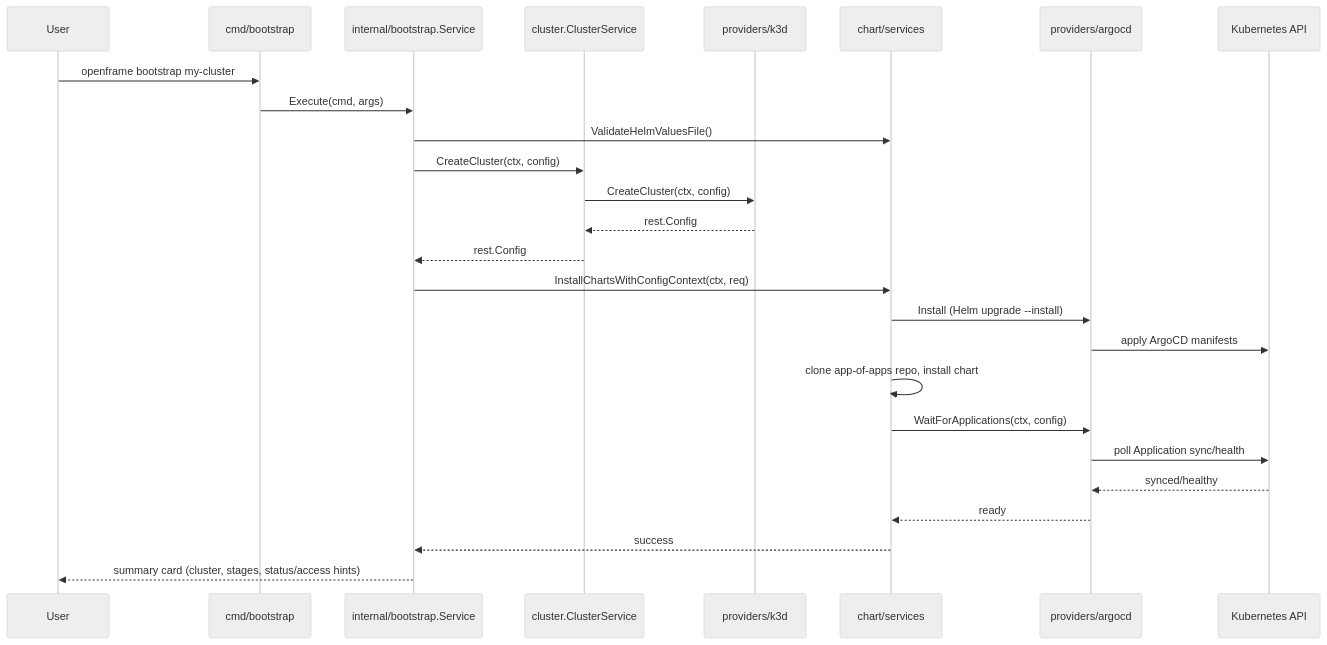
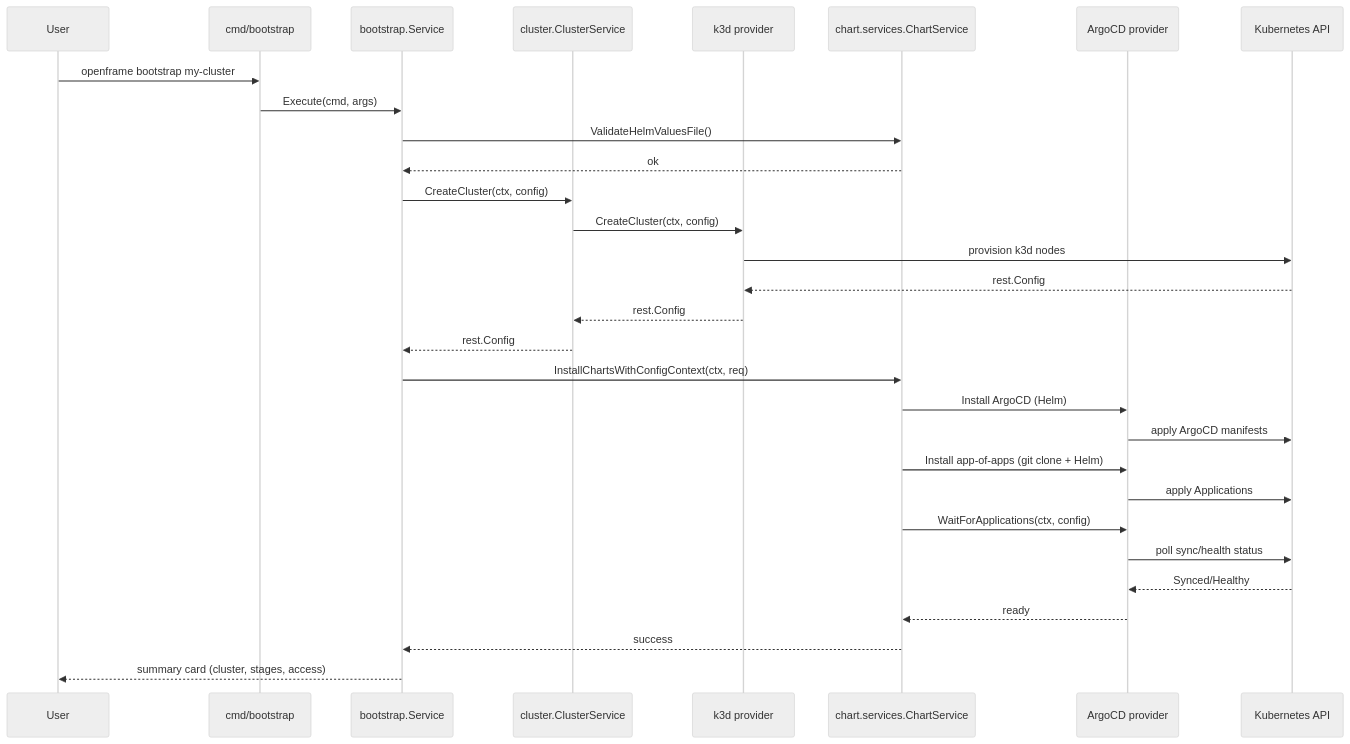
One commit to flamingo-stack/openframe-cli changed the third of 3 diagrams in docs/development/architecture/README.md. Above: the diagram before and after it, drawn with Mermaid (neutral theme). The commit also changed other lines of this file and 223 other files, not shown here.

````diff
--- a/docs/development/architecture/README.md
+++ b/docs/development/architecture/README.md
@@ -145,29 +166,33 @@
 ```mermaid
 sequenceDiagram
     participant User
-    participant CmdBootstrap as cmd/bootstrap
-    participant BootstrapSvc as internal/bootstrap.Service
-    participant ClusterSvc as cluster.ClusterService
-    participant K3dProvider as providers/k3d
-    participant ChartSvc as chart/services
-    participant ArgoCD as providers/argocd
-    participant K8sAPI as Kubernetes API
+    participant CLI as cmd/bootstrap
+    participant BS as bootstrap.Service
+    participant CS as cluster.ClusterService
+    participant Provider as k3d provider
+    participant Chart as chart.services.ChartService
+    participant Argo as ArgoCD provider
+    participant K8s as Kubernetes API
 
-    User->>CmdBootstrap: openframe bootstrap my-cluster
-    CmdBootstrap->>BootstrapSvc: Execute(cmd, args)
-    BootstrapSvc->>ChartSvc: ValidateHelmValuesFile()
-    BootstrapSvc->>ClusterSvc: CreateCluster(ctx, config)
-    ClusterSvc->>K3dProvider: CreateCluster(ctx, config)
-    K3dProvider-->>ClusterSvc: rest.Config
-    ClusterSvc-->>BootstrapSvc: rest.Config
-    BootstrapSvc->>ChartSvc: InstallChartsWithConfigContext(ctx, req)
-    ChartSvc->>ArgoCD: Install (Helm upgrade --install)
-    ArgoCD->>K8sAPI: apply ArgoCD manifests
-    ChartSvc->>ChartSvc: clone app-of-apps repo, install chart
-    ChartSvc->>ArgoCD: WaitForApplications(ctx, config)
-    ArgoCD->>K8sAPI: poll Application sync/health
-    K8sAPI-->>ArgoCD: synced/healthy
-    ArgoCD-->>ChartSvc: ready
-    ChartSvc-->>BootstrapSvc: success
-    BootstrapSvc-->>User: summary card (cluster, stages, status/access hints)
+    User->>CLI: openframe bootstrap my-cluster
+    CLI->>BS: Execute(cmd, args)
+    BS->>Chart: ValidateHelmValuesFile()
+    Chart-->>BS: ok
+    BS->>CS: CreateCluster(ctx, config)
+    CS->>Provider: CreateCluster(ctx, config)
+    Provider->>K8s: provision k3d nodes
+    K8s-->>Provider: rest.Config
+    Provider-->>CS: rest.Config
+    CS-->>BS: rest.Config
+    BS->>Chart: InstallChartsWithConfigContext(ctx, req)
+    Chart->>Argo: Install ArgoCD (Helm)
+    Argo->>K8s: apply ArgoCD manifests
+    Chart->>Argo: Install app-of-apps (git clone + Helm)
+    Argo->>K8s: apply Applications
+    Chart->>Argo: WaitForApplications(ctx, config)
+    Argo->>K8s: poll sync/health status
+    K8s-->>Argo: Synced/Healthy
+    Argo-->>Chart: ready
+    Chart-->>BS: success
+    BS-->>User: summary card (cluster, stages, access)
 ```
````
